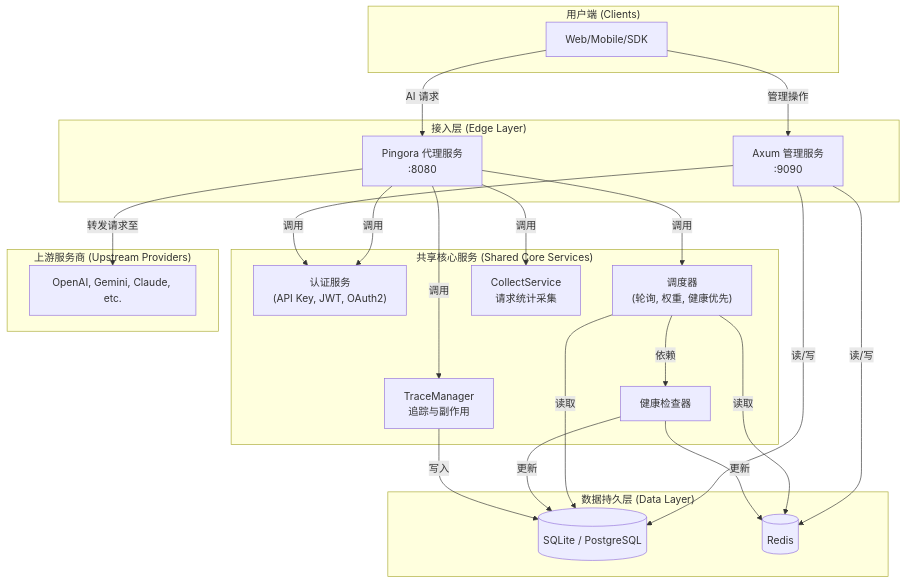
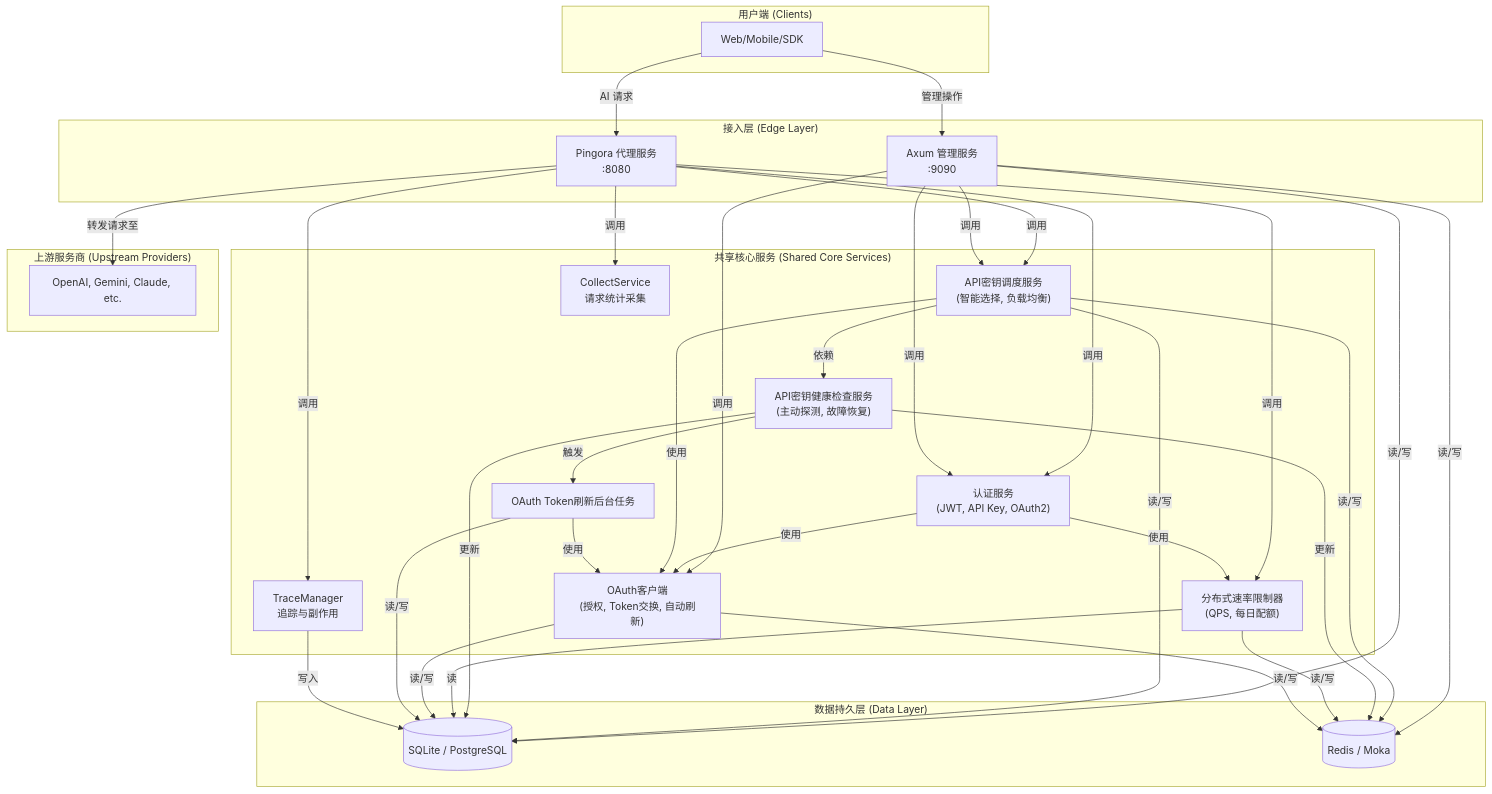
Before and after one commit to MAQSOODAWANhaha/api-proxy: the diagram in docs/DESIGN.md, drawn with Mermaid. The commit also changed other lines of this file and 17 other files, not shown here.

First line of the commit message:
feat: Implement API Key Rate Limit Reset Task

````diff
--- a/docs/DESIGN.md
+++ b/docs/DESIGN.md
@@ -100,49 +110,71 @@
 ```mermaid
 graph TD
     subgraph "用户端 (Clients)"
         Client[Web/Mobile/SDK]
     end
 
     subgraph "接入层 (Edge Layer)"
         ProxyServer["Pingora 代理服务<br/>:8080"]
         MgmtServer["Axum 管理服务<br/>:9090"]
     end
 
     subgraph "共享核心服务 (Shared Core Services)"
-        AuthService["认证服务<br/>(API Key, JWT, OAuth2)"]
-        Scheduler["调度器<br/>(轮询, 权重, 健康优先)"]
-        HealthChecker["健康检查器"]
+        AuthService["认证服务<br/>(JWT, API Key, OAuth2)"]
+        ApiKeySchedulerService["API密钥调度服务<br/>(智能选择, 负载均衡)"]
+        ApiKeyHealthService["API密钥健康检查服务<br/>(主动探测, 故障恢复)"]
+        RateLimiter["分布式速率限制器<br/>(QPS, 每日配额)"]
         CollectService["CollectService<br/>请求统计采集"]
         TraceManager["TraceManager<br/>追踪与副作用"]
+        OAuthClient["OAuth客户端<br/>(授权, Token交换, 自动刷新)"]
+        OAuthTokenRefreshTask["OAuth Token刷新后台任务"]
     end
 
     subgraph "数据持久层 (Data Layer)"
         Database[(SQLite / PostgreSQL)]
-        Cache[(Redis)]
+        Cache[(Redis / Moka)]
     end
 
     subgraph "上游服务商 (Upstream Providers)"
         Provider[OpenAI, Gemini, Claude, etc.]
     end
 
     Client -- "AI 请求" --> ProxyServer
     Client -- "管理操作" --> MgmtServer
 
     ProxyServer -- "调用" --> AuthService
-    ProxyServer -- "调用" --> Scheduler
+    ProxyServer -- "调用" --> ApiKeySchedulerService
+    ProxyServer -- "调用" --> RateLimiter
     ProxyServer -- "调用" --> CollectService
     ProxyServer -- "调用" --> TraceManager
+
     MgmtServer -- "调用" --> AuthService
+    MgmtServer -- "调用" --> ApiKeySchedulerService
+    MgmtServer -- "调用" --> OAuthClient
     MgmtServer -- "读/写" --> Database
     MgmtServer -- "读/写" --> Cache
 
-    Scheduler -- "依赖" --> HealthChecker
-    Scheduler -- "读取" --> Database
-    Scheduler -- "读取" --> Cache
+    AuthService -- "使用" --> OAuthClient
+    AuthService -- "使用" --> RateLimiter
 
-    HealthChecker -- "更新" --> Database
-    HealthChecker -- "更新" --> Cache
+    ApiKeySchedulerService -- "依赖" --> ApiKeyHealthService
+    ApiKeySchedulerService -- "使用" --> OAuthClient
+    ApiKeySchedulerService -- "读/写" --> Database
+    ApiKeySchedulerService -- "读/写" --> Cache
+
+    ApiKeyHealthService -- "更新" --> Database
+    ApiKeyHealthService -- "更新" --> Cache
+    ApiKeyHealthService -- "触发" --> OAuthTokenRefreshTask
+
+    RateLimiter -- "读/写" --> Cache
+    RateLimiter -- "读" --> Database
+
+    OAuthClient -- "读/写" --> Database
+    OAuthClient -- "读/写" --> Cache
+
+    OAuthTokenRefreshTask -- "使用" --> OAuthClient
+    OAuthTokenRefreshTask -- "读/写" --> Database
+
     TraceManager -- "写入" --> Database
 
     ProxyServer -- "转发请求至" --> Provider
 ```
````
